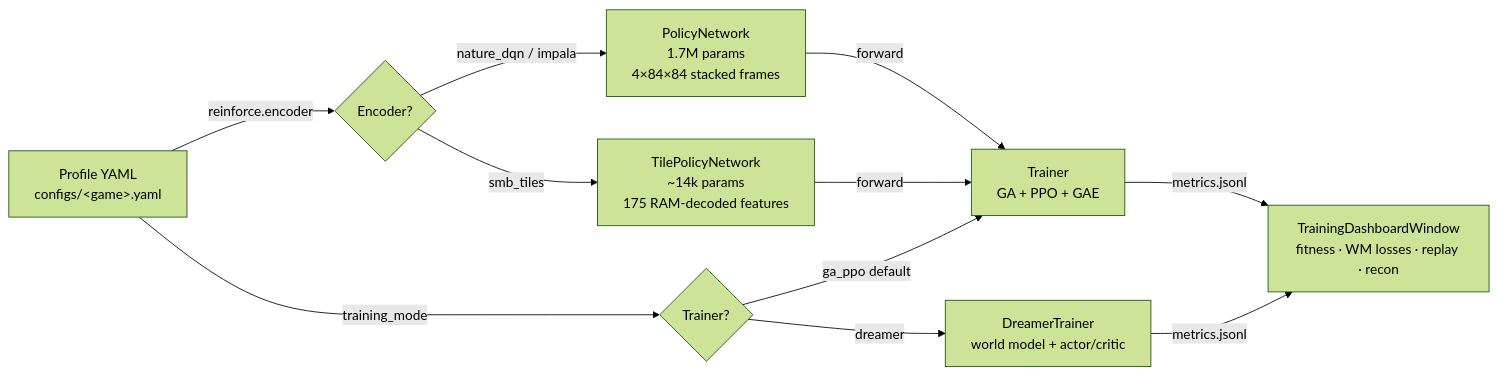
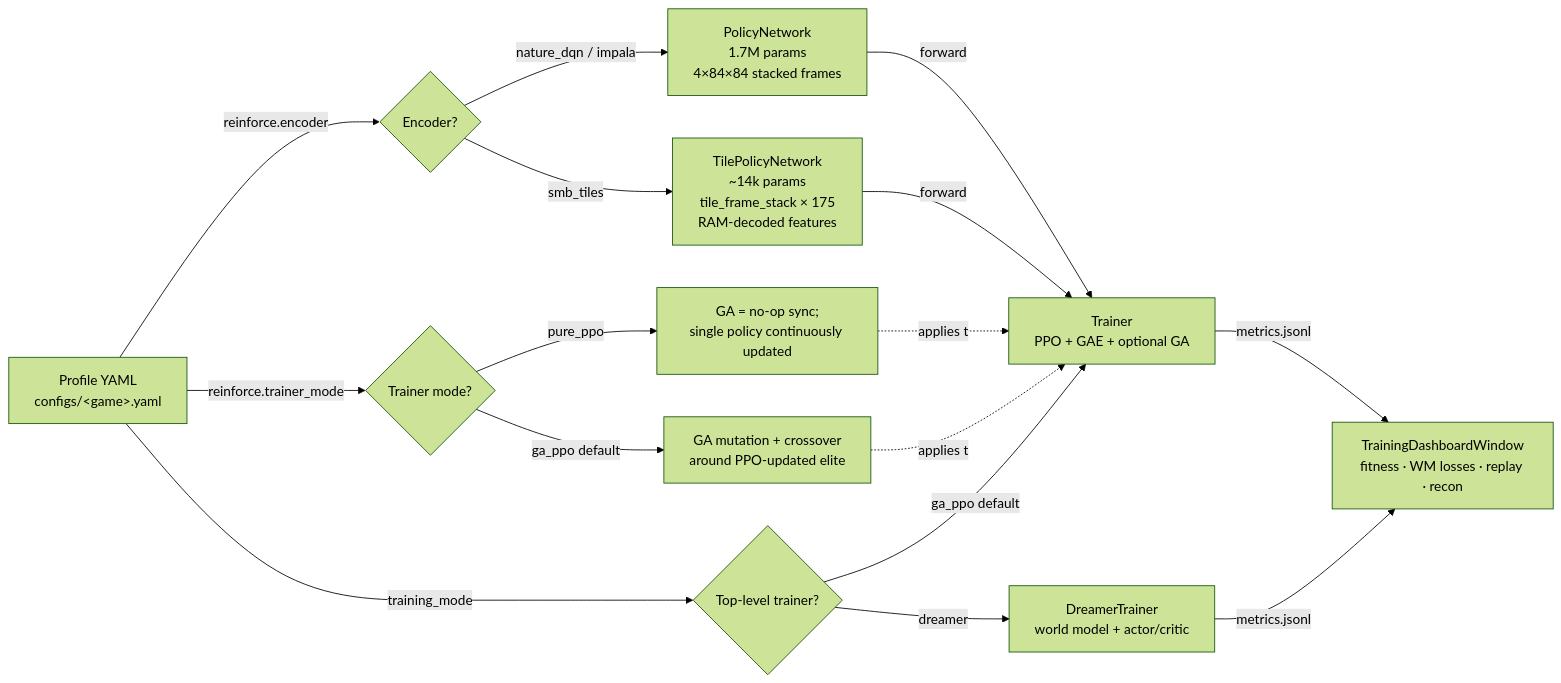
One commit to mstits/neural-entertainment-system changed the fourth of 7 diagrams in docs/ARCHITECTURE.md. Above: the diagram before and after it, drawn with Mermaid (forest theme). The commit also changed other lines of this file and 1 other file, not shown here.

````diff
--- a/docs/ARCHITECTURE.md
+++ b/docs/ARCHITECTURE.md
@@ -302,13 +303,18 @@
 ```mermaid
 flowchart LR
     Profile[Profile YAML<br/>configs/&lt;game&gt;.yaml] -->|reinforce.encoder| Dispatch{Encoder?}
-    Profile -->|training_mode| ModeDispatch{Trainer?}
-    ModeDispatch -->|ga_ppo default| Trainer[Trainer<br/>GA + PPO + GAE]
-    ModeDispatch -->|dreamer| Dreamer[DreamerTrainer<br/>world model + actor/critic]
+    Profile -->|reinforce.trainer_mode| ModeFlag{Trainer mode?}
+    Profile -->|training_mode| TopLevel{Top-level trainer?}
+    TopLevel -->|ga_ppo default| Trainer[Trainer<br/>PPO + GAE + optional GA]
+    TopLevel -->|dreamer| Dreamer[DreamerTrainer<br/>world model + actor/critic]
+    ModeFlag -->|pure_ppo| PurePPO[GA = no-op sync;<br/>single policy continuously updated]
+    ModeFlag -->|ga_ppo default| GAPPO[GA mutation + crossover<br/>around PPO-updated elite]
     Dispatch -->|nature_dqn / impala| CNN[PolicyNetwork<br/>1.7M params<br/>4×84×84 stacked frames]
-    Dispatch -->|smb_tiles| Tile[TilePolicyNetwork<br/>~14k params<br/>175 RAM-decoded features]
+    Dispatch -->|smb_tiles| Tile["TilePolicyNetwork<br/>~14k params<br/>tile_frame_stack × 175<br/>RAM-decoded features"]
     CNN -->|forward| Trainer
     Tile -->|forward| Trainer
+    PurePPO -.applies to.-> Trainer
+    GAPPO -.applies to.-> Trainer
     Trainer -->|metrics.jsonl| Dashboard[TrainingDashboardWindow<br/>fitness · WM losses · replay · recon]
     Dreamer -->|metrics.jsonl| Dashboard
 ```
````
